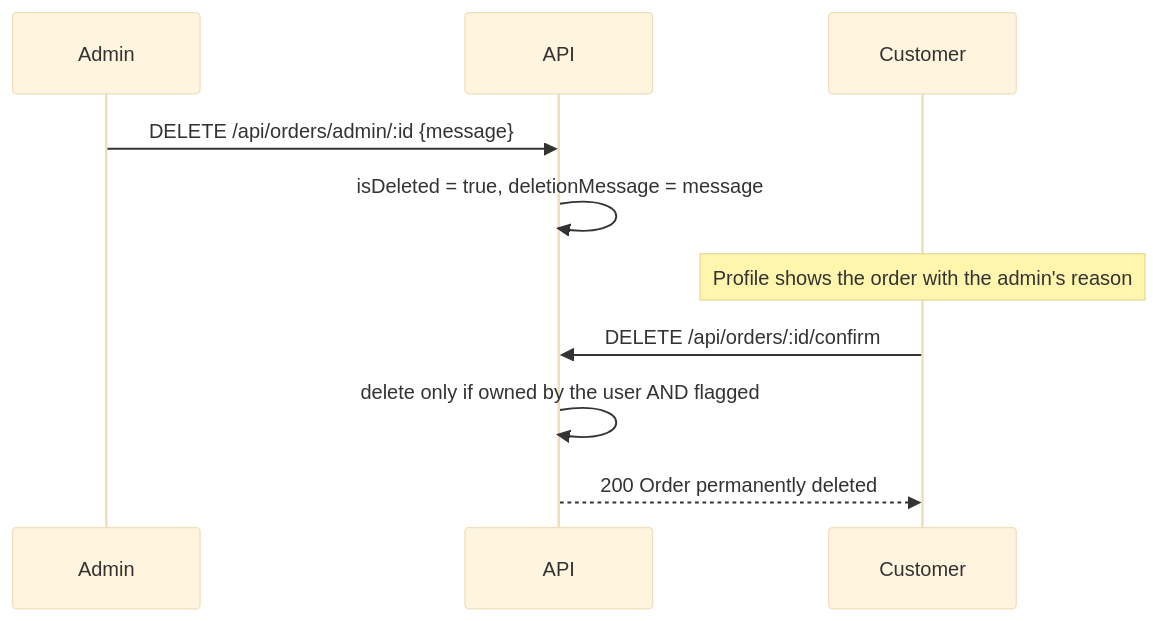
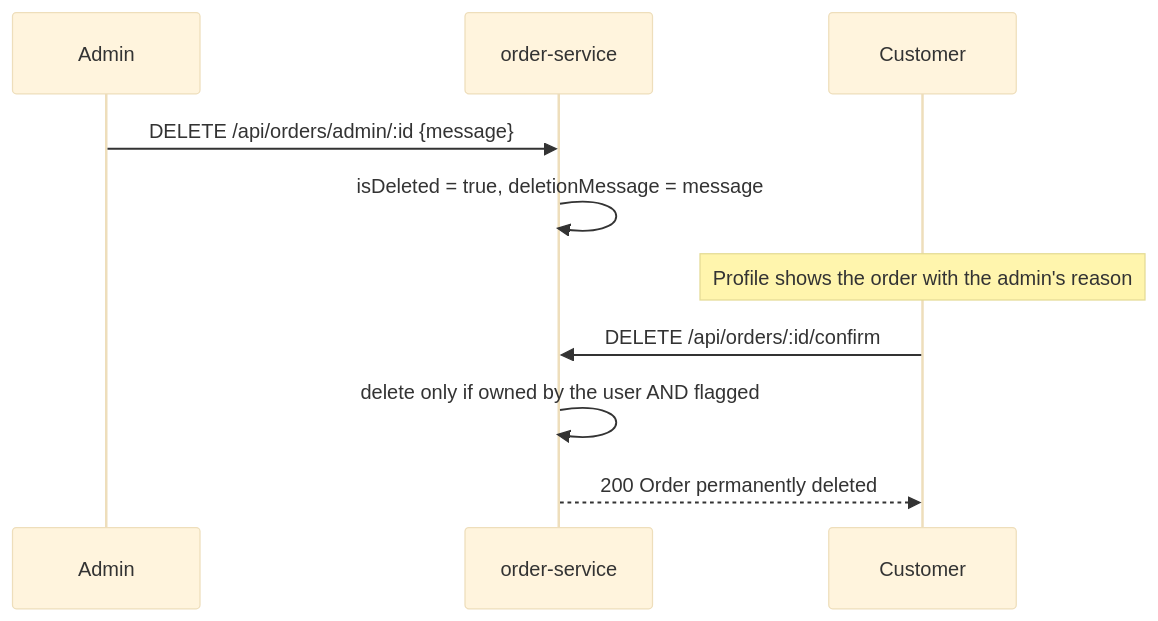
Before and after one commit to abuiron/looksmatter_bc: diagram 12 of 13 in README.md, drawn with Mermaid (base theme). The commit also changed other lines of this file and 26 other files, not shown here.

````diff
--- a/README.md
+++ b/README.md
@@ -440,12 +496,12 @@
 ```mermaid
 sequenceDiagram
     participant Admin
-    participant API
+    participant API as order-service
     participant Customer
     Admin->>API: DELETE /api/orders/admin/:id {message}
     API->>API: isDeleted = true, deletionMessage = message
     Note over Customer: Profile shows the order with the admin's reason
     Customer->>API: DELETE /api/orders/:id/confirm
     API->>API: delete only if owned by the user AND flagged
     API-->>Customer: 200 Order permanently deleted
 ```
````
